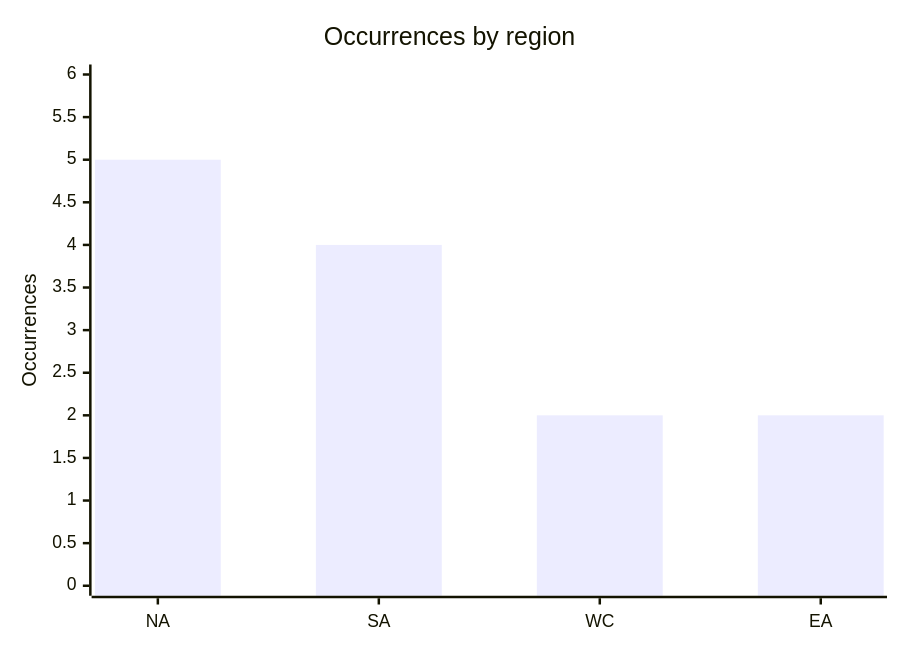
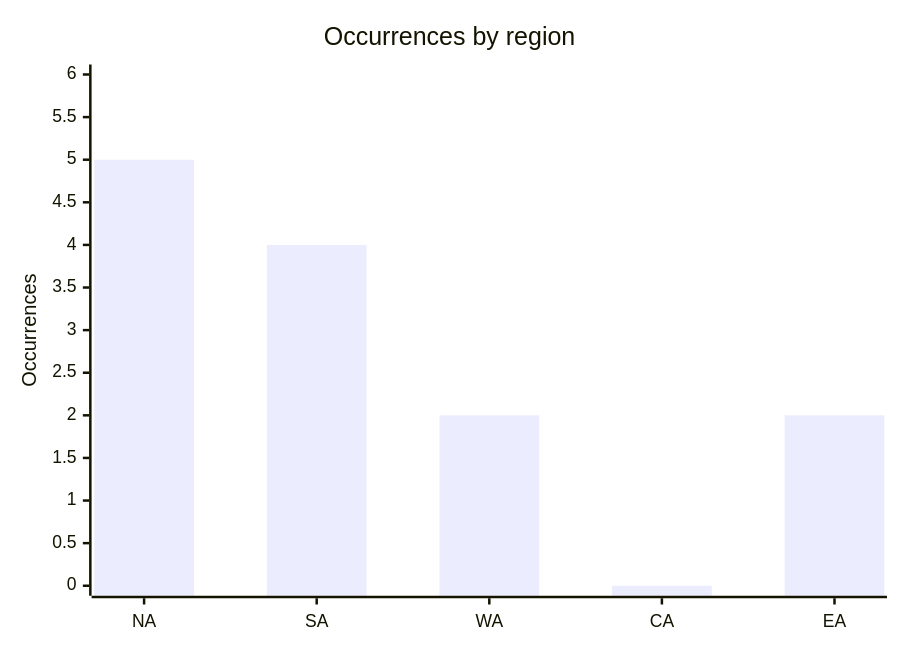
The fourth of 6 diagrams in CyberAttackAfrica/2025/08-august/README.md (Hatchepsoute/AFRINTEL), drawn with Mermaid before and after one commit. The commit also changed other lines of this file and 109 other files, not shown here.

````diff
--- a/CyberAttackAfrica/2025/08-august/README.md
+++ b/CyberAttackAfrica/2025/08-august/README.md
@@ -130,7 +131,7 @@
 ```mermaid
 xychart
     title "Occurrences by region"
-    x-axis ["NA","SA","WC","EA"]
+    x-axis ["NA","SA","WA","CA","EA"]
     y-axis "Occurrences" 0 --> 6
-    bar [5,4,2,2]
+    bar [5,4,2,0,2]
 ```
````
